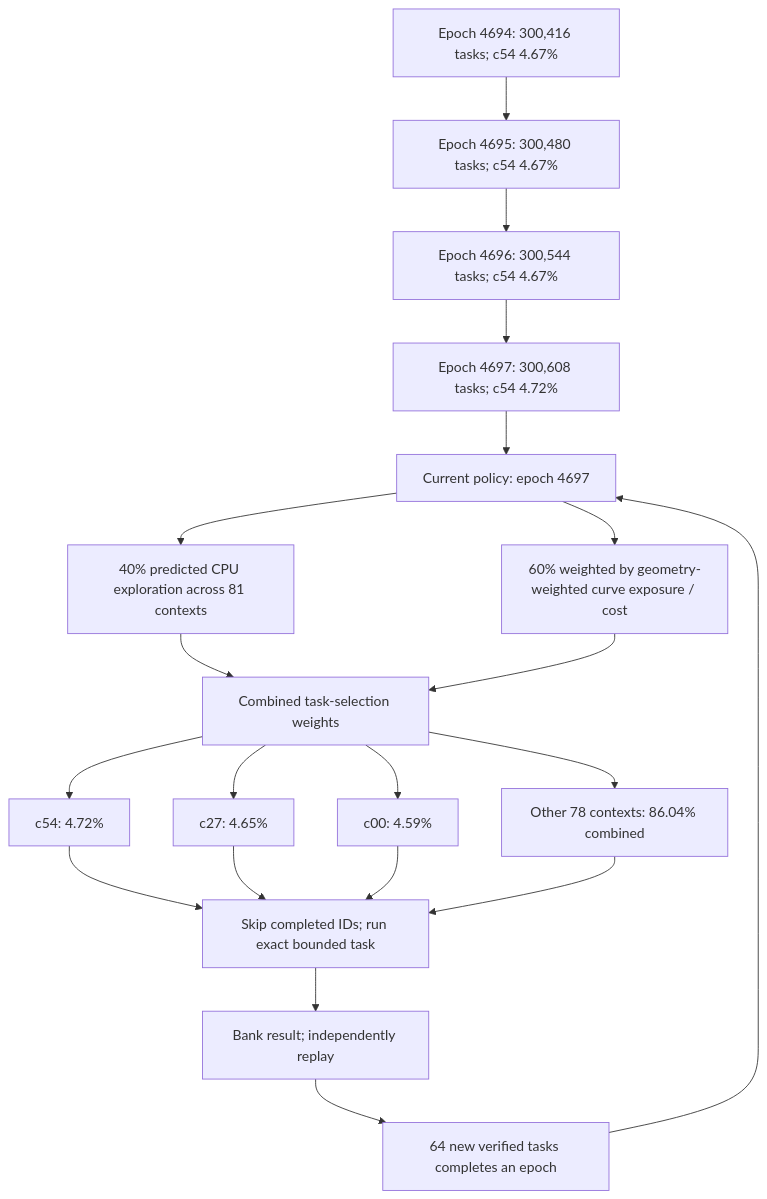
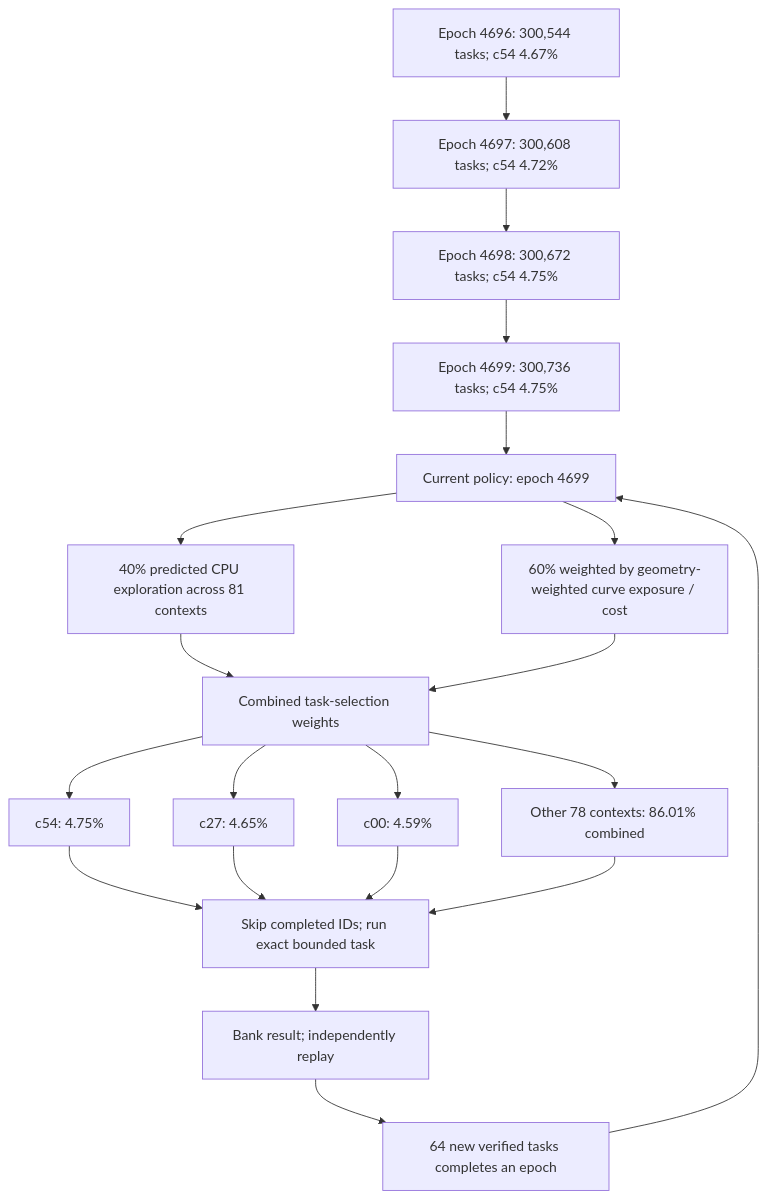
The first of 3 diagrams in README.md (Kuberwastaken/math-gambling), drawn with Mermaid before and after one commit. The commit also changed other lines of this file and 2533 other files, not shown here.

````diff
--- a/README.md
+++ b/README.md
@@ -60,27 +60,27 @@
 ```mermaid
 flowchart TD
-    H0["Epoch 4694: 300,416 tasks; c54 4.67%"]
-    H1["Epoch 4695: 300,480 tasks; c54 4.67%"]
+    H0["Epoch 4696: 300,544 tasks; c54 4.67%"]
+    H1["Epoch 4697: 300,608 tasks; c54 4.72%"]
     H0 --> H1
-    H2["Epoch 4696: 300,544 tasks; c54 4.67%"]
+    H2["Epoch 4698: 300,672 tasks; c54 4.75%"]
     H1 --> H2
-    H3["Epoch 4697: 300,608 tasks; c54 4.72%"]
+    H3["Epoch 4699: 300,736 tasks; c54 4.75%"]
     H2 --> H3
-    Policy["Current policy: epoch 4697"]
+    Policy["Current policy: epoch 4699"]
     H3 --> Policy
     Policy --> Explore["40% predicted CPU exploration across 81 contexts"]
     Policy --> Cost["60% weighted by geometry-weighted curve exposure / cost"]
     Explore --> Mix["Combined task-selection weights"]
     Cost --> Mix
-    Mix --> C0["c54: 4.72%"]
+    Mix --> C0["c54: 4.75%"]
     Mix --> C1["c27: 4.65%"]
     Mix --> C2["c00: 4.59%"]
-    Mix --> Rest["Other 78 contexts: 86.04% combined"]
+    Mix --> Rest["Other 78 contexts: 86.01% combined"]
     C0 --> Check["Skip completed IDs; run exact bounded task"]
     C1 --> Check
     C2 --> Check
     Rest --> Check
     Check --> Replay["Bank result; independently replay"]
     Replay --> Gate["64 new verified tasks completes an epoch"]
     Gate --> Policy
 ```
````
